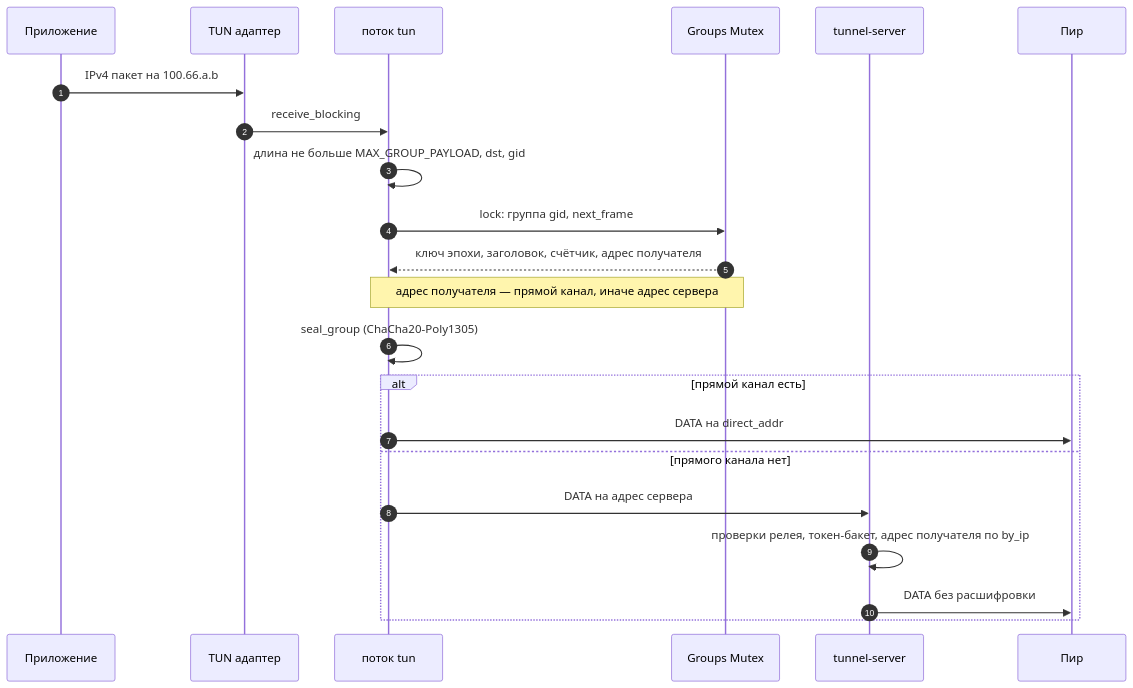
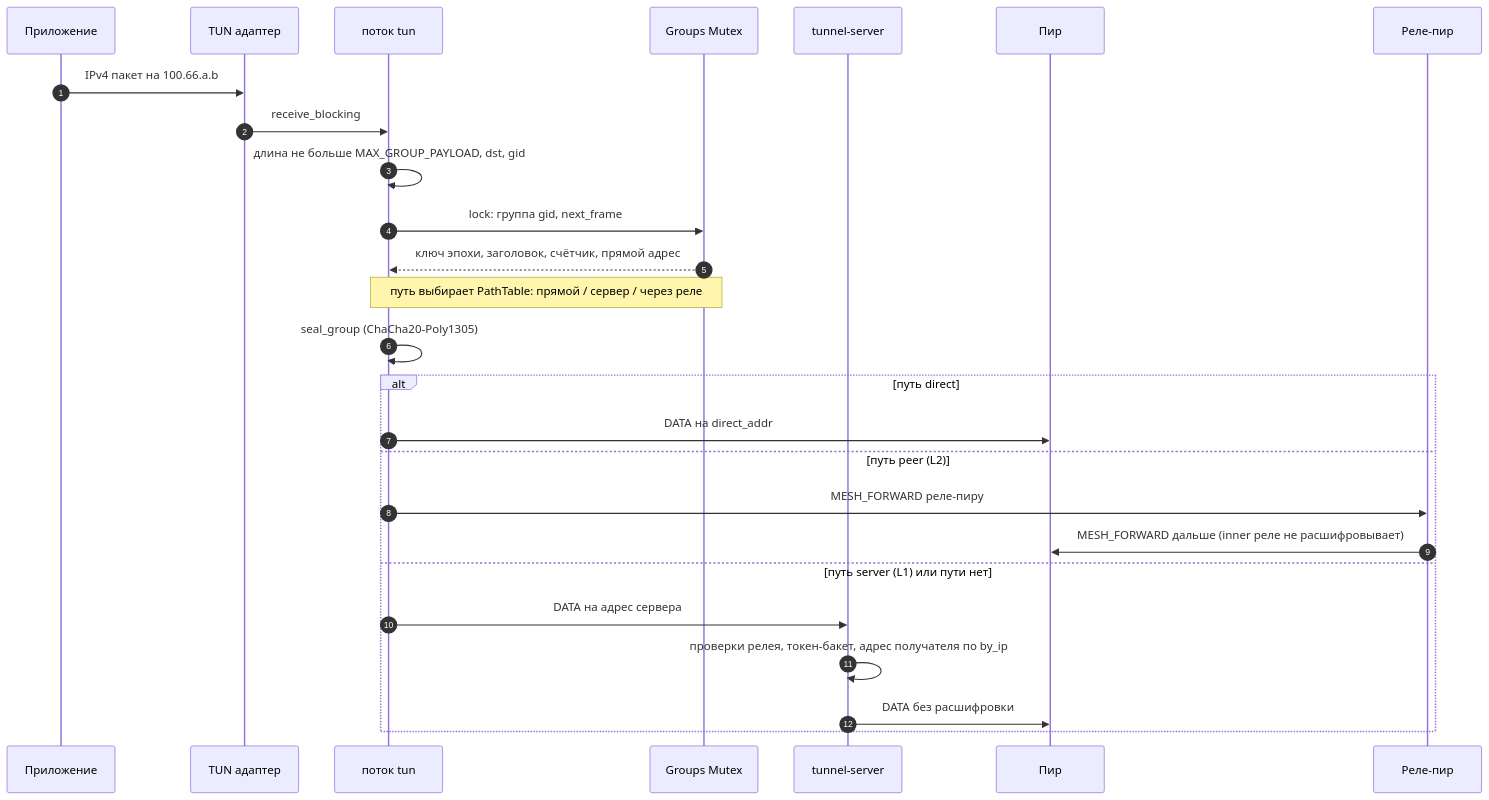
One commit to adamantida/VoidLink changed the fifth of 7 diagrams in docs/ARCHITECTURE.md. Above: the diagram before and after it, drawn with Mermaid. The commit also changed other lines of this file and 10 other files, not shown here.

````diff
--- a/docs/ARCHITECTURE.md
+++ b/docs/ARCHITECTURE.md
@@ -395,24 +431,28 @@
 ```mermaid
 sequenceDiagram
     autonumber
     participant App as Приложение
     participant TUN as TUN адаптер
     participant T as поток tun
     participant G as Groups Mutex
     participant S as tunnel-server
     participant P as Пир
+    participant R as Реле-пир
     App->>TUN: IPv4 пакет на 100.66.a.b
     TUN->>T: receive_blocking
     T->>T: длина не больше MAX_GROUP_PAYLOAD, dst, gid
     T->>G: lock: группа gid, next_frame
-    G-->>T: ключ эпохи, заголовок, счётчик, адрес получателя
-    Note over T,G: адрес получателя — прямой канал, иначе адрес сервера
+    G-->>T: ключ эпохи, заголовок, счётчик, прямой адрес
+    Note over T,G: путь выбирает PathTable: прямой / сервер / через реле
     T->>T: seal_group (ChaCha20-Poly1305)
-    alt прямой канал есть
+    alt путь direct
         T->>P: DATA на direct_addr
-    else прямого канала нет
+    else путь peer (L2)
+        T->>R: MESH_FORWARD реле-пиру
+        R->>P: MESH_FORWARD дальше (inner реле не расшифровывает)
+    else путь server (L1) или пути нет
         T->>S: DATA на адрес сервера
         S->>S: проверки релея, токен-бакет, адрес получателя по by_ip
         S->>P: DATA без расшифровки
     end
 ```
````
